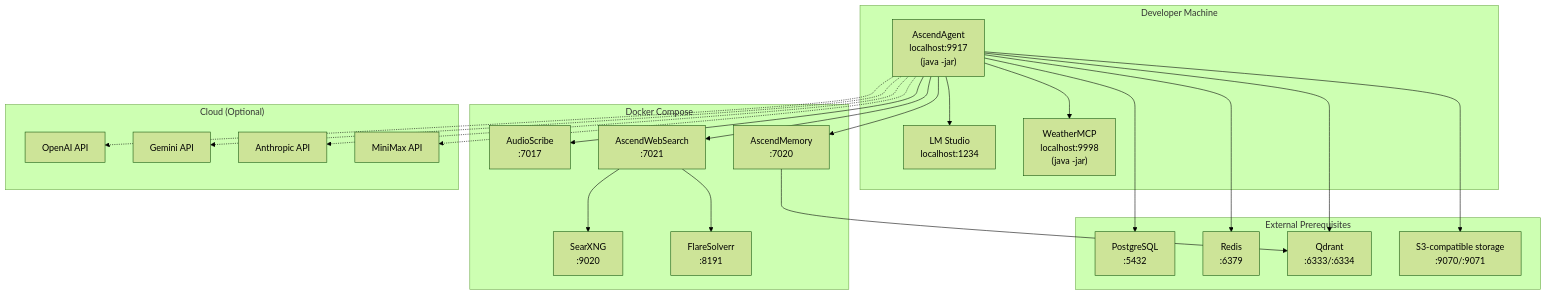
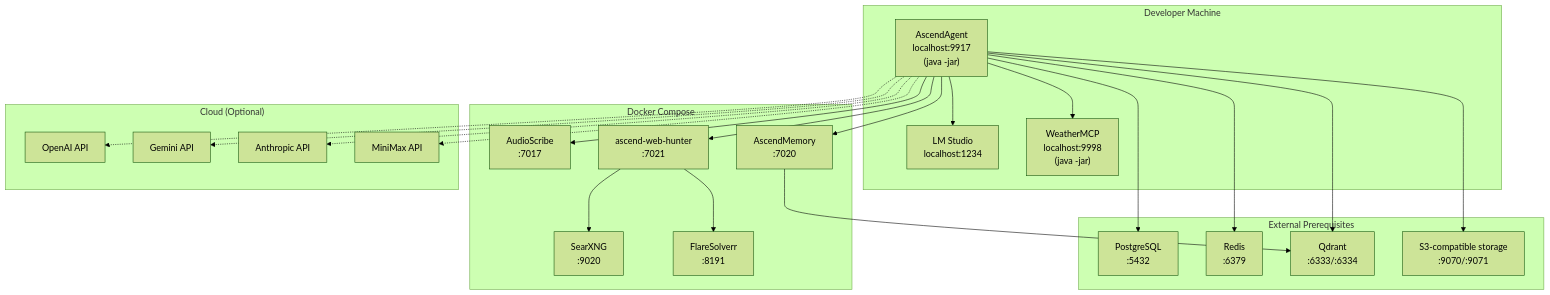
One commit to Lukk17/AscendAI changed the diagram in AscendAgent/docs/architecture/diagrams/deployment-diagram.md. Above: the diagram before and after it, drawn with Mermaid (forest theme). The commit also changed other lines of this file and 422 other files, not shown here.

````diff
--- a/AscendAgent/docs/architecture/diagrams/deployment-diagram.md
+++ b/AscendAgent/docs/architecture/diagrams/deployment-diagram.md
@@ -3,47 +3,47 @@
 ```mermaid
 graph TB
     subgraph "Developer Machine"
         LMStudio["LM Studio<br/>localhost:1234"]
         AscendAgent["AscendAgent<br/>localhost:9917<br/>(java -jar)"]
         Weather["WeatherMCP<br/>localhost:9998<br/>(java -jar)"]
     end
 
     subgraph "External Prerequisites"
         Postgres["PostgreSQL<br/>:5432"]
         Redis["Redis<br/>:6379"]
         Qdrant["Qdrant<br/>:6333/:6334"]
         S3["S3-compatible storage<br/>:9070/:9071"]
     end
 
     subgraph "Docker Compose"
         SearXNG["SearXNG<br/>:9020"]
         FlareSolverr["FlareSolverr<br/>:8191"]
         AudioScribe["AudioScribe<br/>:7017"]
-        WebSearch["AscendWebSearch<br/>:7021"]
+        WebHunter["ascend-web-hunter<br/>:7021"]
         Memory["AscendMemory<br/>:7020"]
     end
 
     subgraph "Cloud (Optional)"
         OpenAI["OpenAI API"]
         Gemini["Gemini API"]
         Anthropic["Anthropic API"]
         MiniMax["MiniMax API"]
     end
 
     AscendAgent --> LMStudio
     AscendAgent --> Postgres
     AscendAgent --> Redis
     AscendAgent --> Qdrant
     AscendAgent --> S3
     AscendAgent --> AudioScribe
     AscendAgent --> Weather
-    AscendAgent --> WebSearch
+    AscendAgent --> WebHunter
     AscendAgent --> Memory
     AscendAgent -.-> OpenAI
     AscendAgent -.-> Gemini
     AscendAgent -.-> Anthropic
     AscendAgent -.-> MiniMax
-    WebSearch --> SearXNG
-    WebSearch --> FlareSolverr
+    WebHunter --> SearXNG
+    WebHunter --> FlareSolverr
     Memory --> Qdrant
 ```
````
